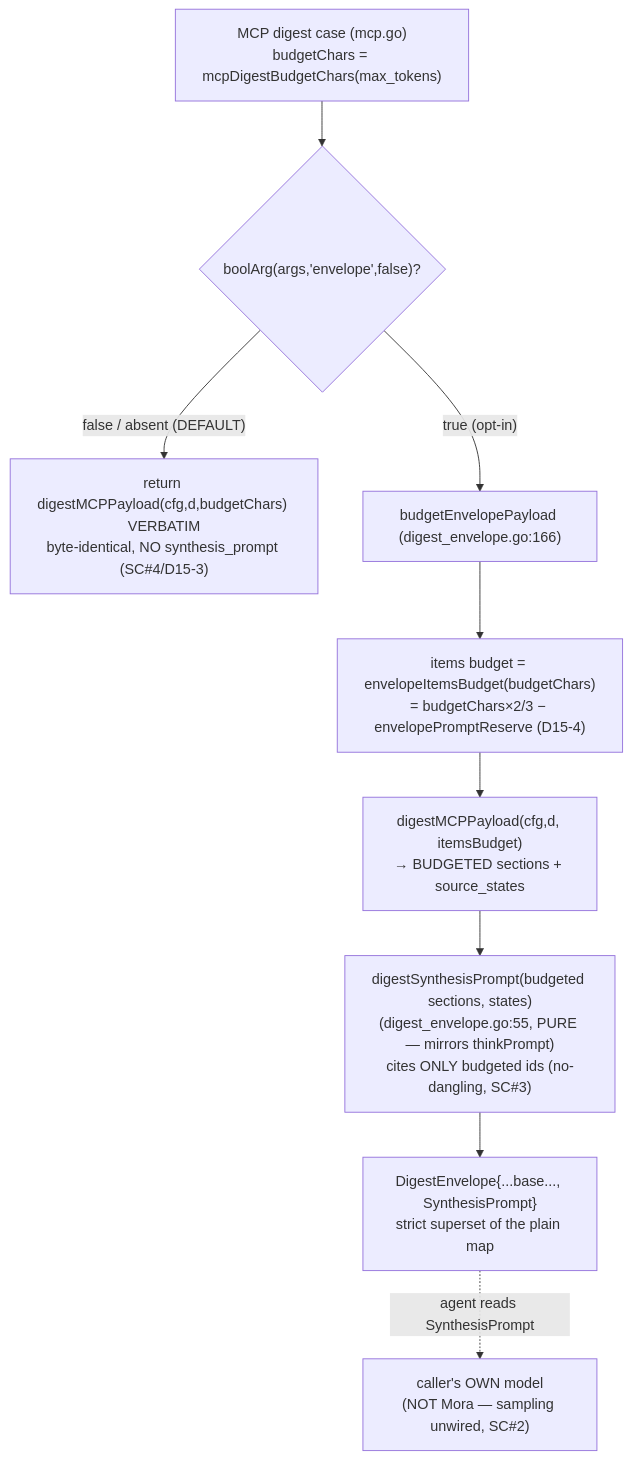
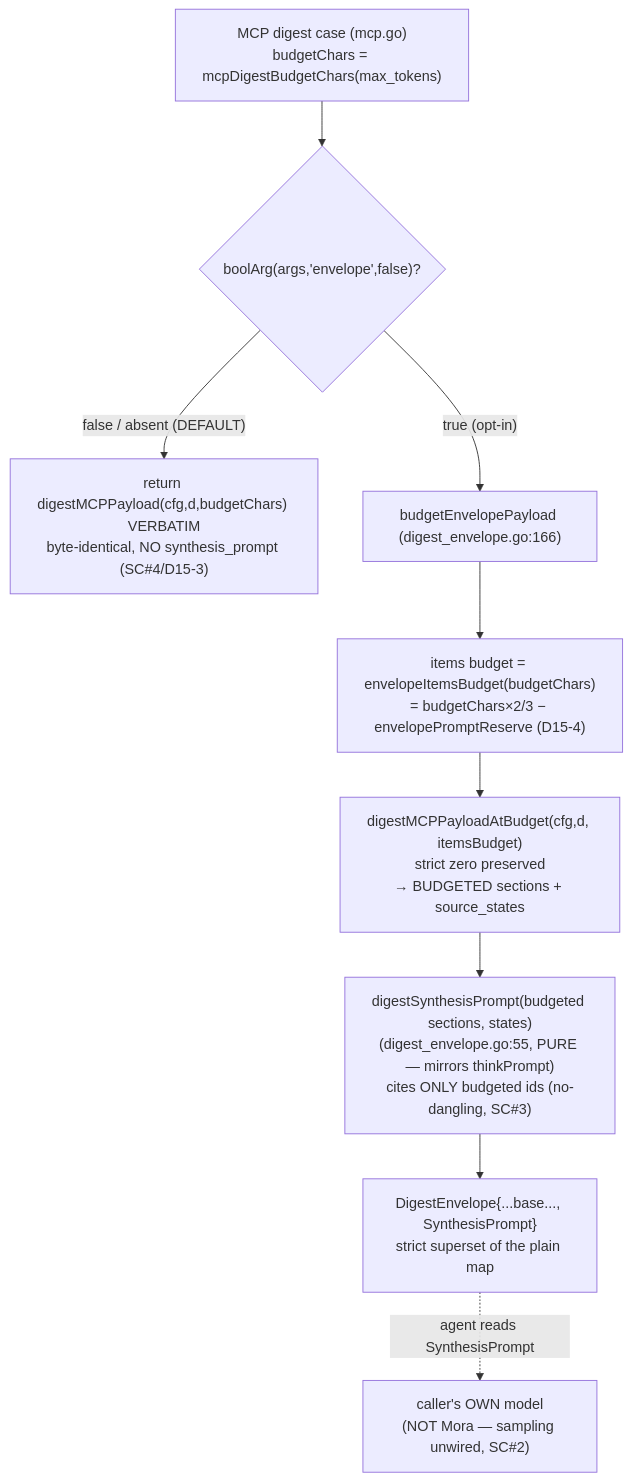
One commit to pyranthus-hq/mora changed the fourth of 6 diagrams in docs/architecture/07-synthesis-think-digest.md. Above: the diagram before and after it, drawn with Mermaid. The commit also changed other lines of this file and 8 other files, not shown here.

````diff
--- a/docs/architecture/07-synthesis-think-digest.md
+++ b/docs/architecture/07-synthesis-think-digest.md
@@ -347,11 +348,11 @@
 ```mermaid
 flowchart TD
   CASE["MCP digest case (mcp.go)<br/>budgetChars = mcpDigestBudgetChars(max_tokens)"] --> ENVQ{"boolArg(args,'envelope',false)?"}
   ENVQ -->|"false / absent (DEFAULT)"| PLAIN["return digestMCPPayload(cfg,d,budgetChars) VERBATIM<br/>byte-identical, NO synthesis_prompt (SC#4/D15-3)"]
   ENVQ -->|"true (opt-in)"| ASM["budgetEnvelopePayload (digest_envelope.go:166)"]
   ASM --> IB["items budget = envelopeItemsBudget(budgetChars)<br/>= budgetChars×2/3 − envelopePromptReserve (D15-4)"]
-  IB --> PAY["digestMCPPayload(cfg,d, itemsBudget)<br/>→ BUDGETED sections + source_states"]
+  IB --> PAY["digestMCPPayloadAtBudget(cfg,d, itemsBudget)<br/>strict zero preserved<br/>→ BUDGETED sections + source_states"]
   PAY --> PR["digestSynthesisPrompt(budgeted sections, states)<br/>(digest_envelope.go:55, PURE — mirrors thinkPrompt)<br/>cites ONLY budgeted ids (no-dangling, SC#3)"]
   PR --> ENV["DigestEnvelope{...base..., SynthesisPrompt}<br/>strict superset of the plain map"]
   ENV -.->|agent reads SynthesisPrompt| MODEL["caller's OWN model<br/>(NOT Mora — sampling unwired, SC#2)"]
 ```
````
